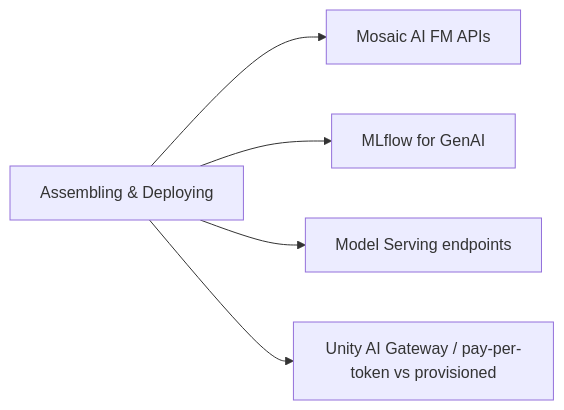
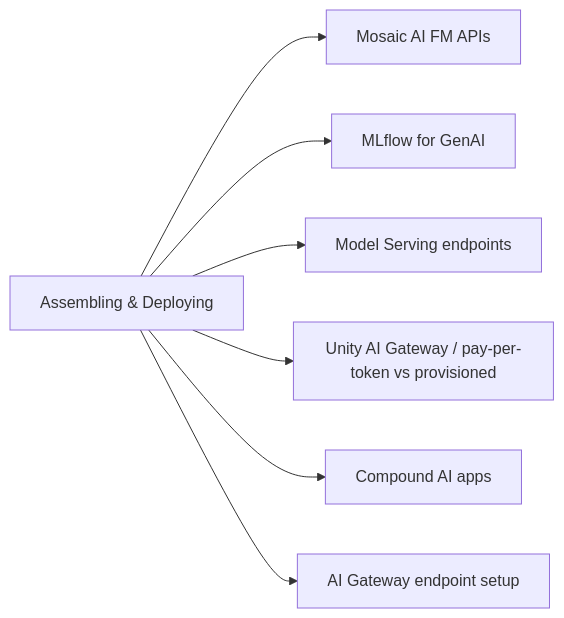
The diagram in certifications/genai-engineer-associate/02-assembling-and-deploying-apps/README.md (kengio/databricks-certification-study-guide), drawn with Mermaid before and after one commit. The commit also changed other lines of this file and 9 other files, not shown here.

````diff
--- a/certifications/genai-engineer-associate/02-assembling-and-deploying-apps/README.md
+++ b/certifications/genai-engineer-associate/02-assembling-and-deploying-apps/README.md
@@ -18,7 +18,9 @@
 ```mermaid
 flowchart LR
     AD[Assembling & Deploying] --> Mosaic[Mosaic AI FM APIs]
     AD --> MLflow[MLflow for GenAI]
     AD --> Serve[Model Serving endpoints]
     AD --> Gateway[Unity AI Gateway / pay-per-token vs provisioned]
+    AD --> Compound[Compound AI apps]
+    AD --> Setup[AI Gateway endpoint setup]
 ```
````
